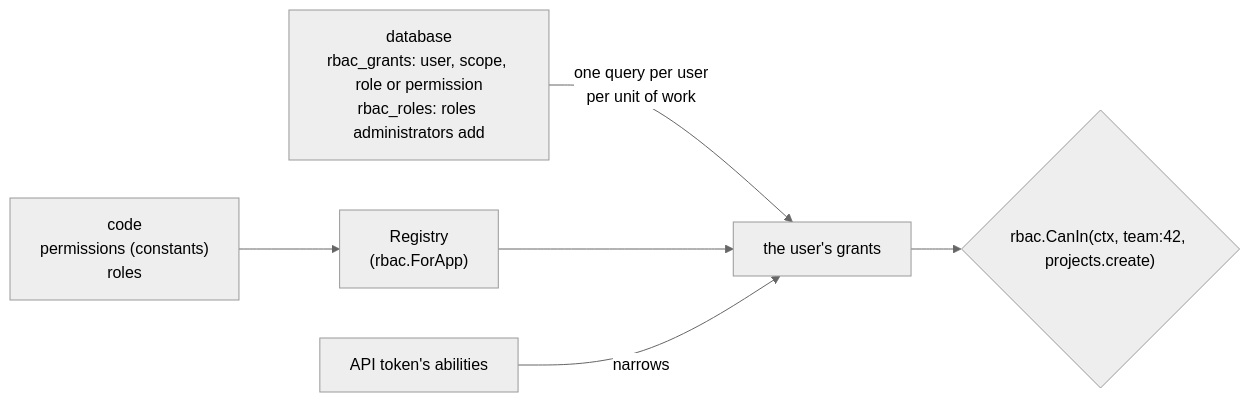
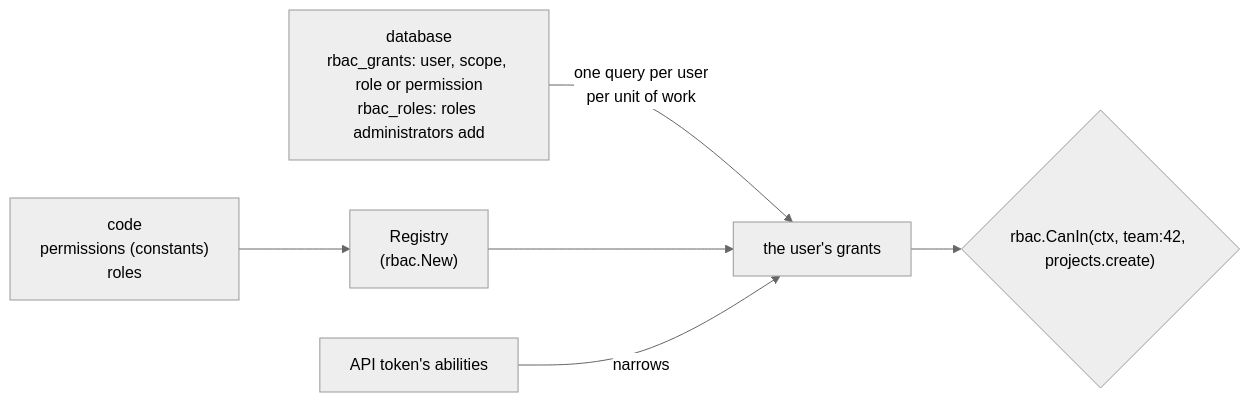
The diagram in docs/site/concepts/roles-and-permissions.md (anetos-dev/anetos), drawn with Mermaid (neutral theme) before and after one commit. The commit also changed other lines of this file and 249 other files, not shown here.

````diff
--- a/docs/site/concepts/roles-and-permissions.md
+++ b/docs/site/concepts/roles-and-permissions.md
@@ -13,8 +13,8 @@
 ```mermaid
 flowchart LR
-    C["code<br/>permissions (constants)<br/>roles"] --> R["Registry<br/>(rbac.ForApp)"]
+    C["code<br/>permissions (constants)<br/>roles"] --> R["Registry<br/>(rbac.New)"]
     D["database<br/>rbac_grants: user, scope, role or permission<br/>rbac_roles: roles administrators add"] -->|"one query per user<br/>per unit of work"| G["the user's grants"]
     R --> G
     T["API token's abilities"] -->|narrows| G
     G --> Q{"rbac.CanIn(ctx, team:42, projects.create)"}
 ```
````
